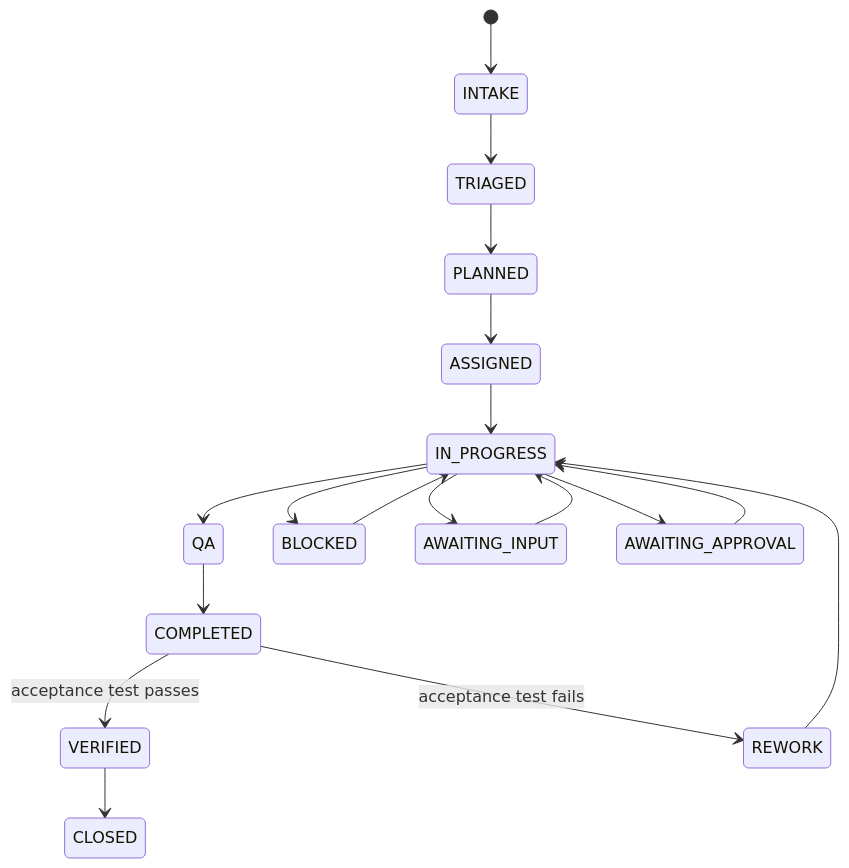
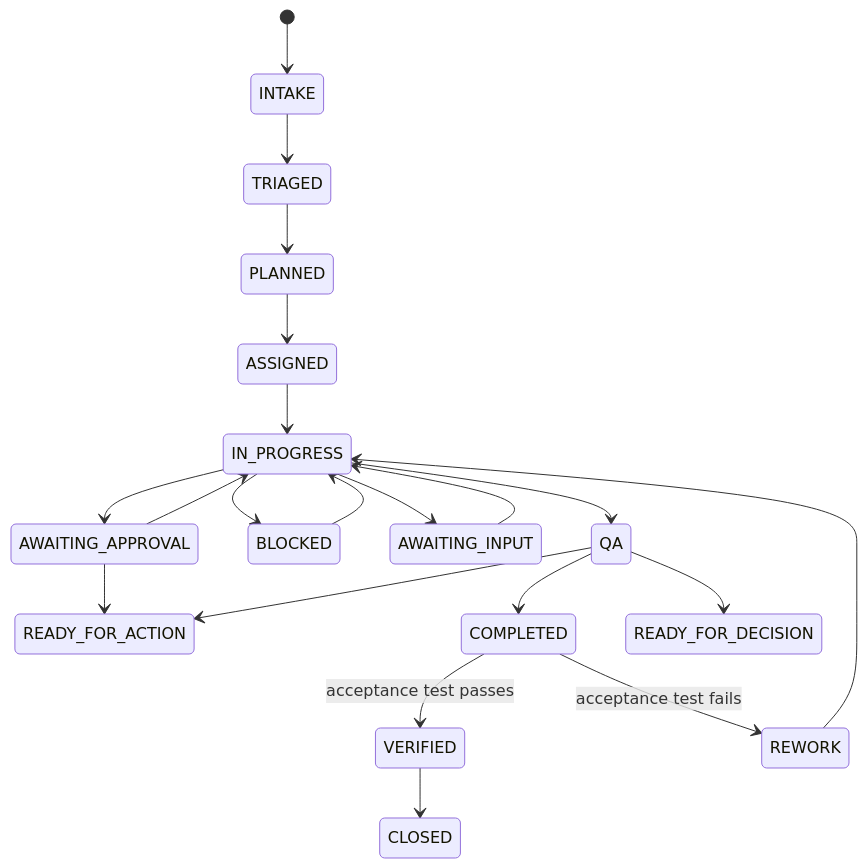
One commit to mkleinbe/mesh-ai-agent-cos-universe changed the second of 2 diagrams in README.md. Above: the diagram before and after it, drawn with Mermaid. The commit also changed other lines of this file, not shown here.

````diff
--- a/README.md
+++ b/README.md
@@ -86,20 +90,23 @@
 ```mermaid
 stateDiagram-v2
     [*] --> INTAKE
     INTAKE --> TRIAGED
     TRIAGED --> PLANNED
     PLANNED --> ASSIGNED
     ASSIGNED --> IN_PROGRESS
     IN_PROGRESS --> QA
     IN_PROGRESS --> BLOCKED
     IN_PROGRESS --> AWAITING_INPUT
     IN_PROGRESS --> AWAITING_APPROVAL
     BLOCKED --> IN_PROGRESS
     AWAITING_INPUT --> IN_PROGRESS
+    AWAITING_APPROVAL --> READY_FOR_ACTION
     AWAITING_APPROVAL --> IN_PROGRESS
     QA --> COMPLETED
+    QA --> READY_FOR_DECISION
+    QA --> READY_FOR_ACTION
     COMPLETED --> VERIFIED: acceptance test passes
     COMPLETED --> REWORK: acceptance test fails
     REWORK --> IN_PROGRESS
     VERIFIED --> CLOSED
 ```
````
